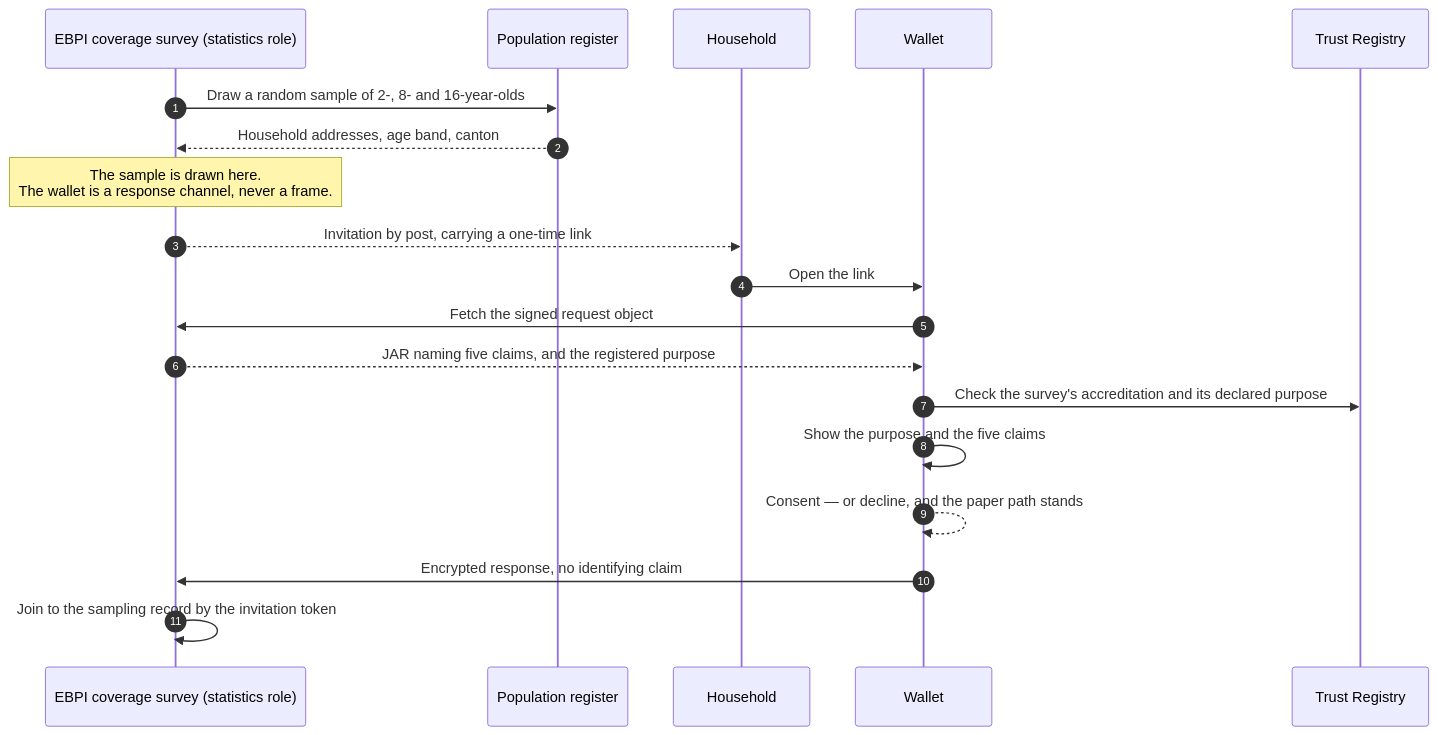
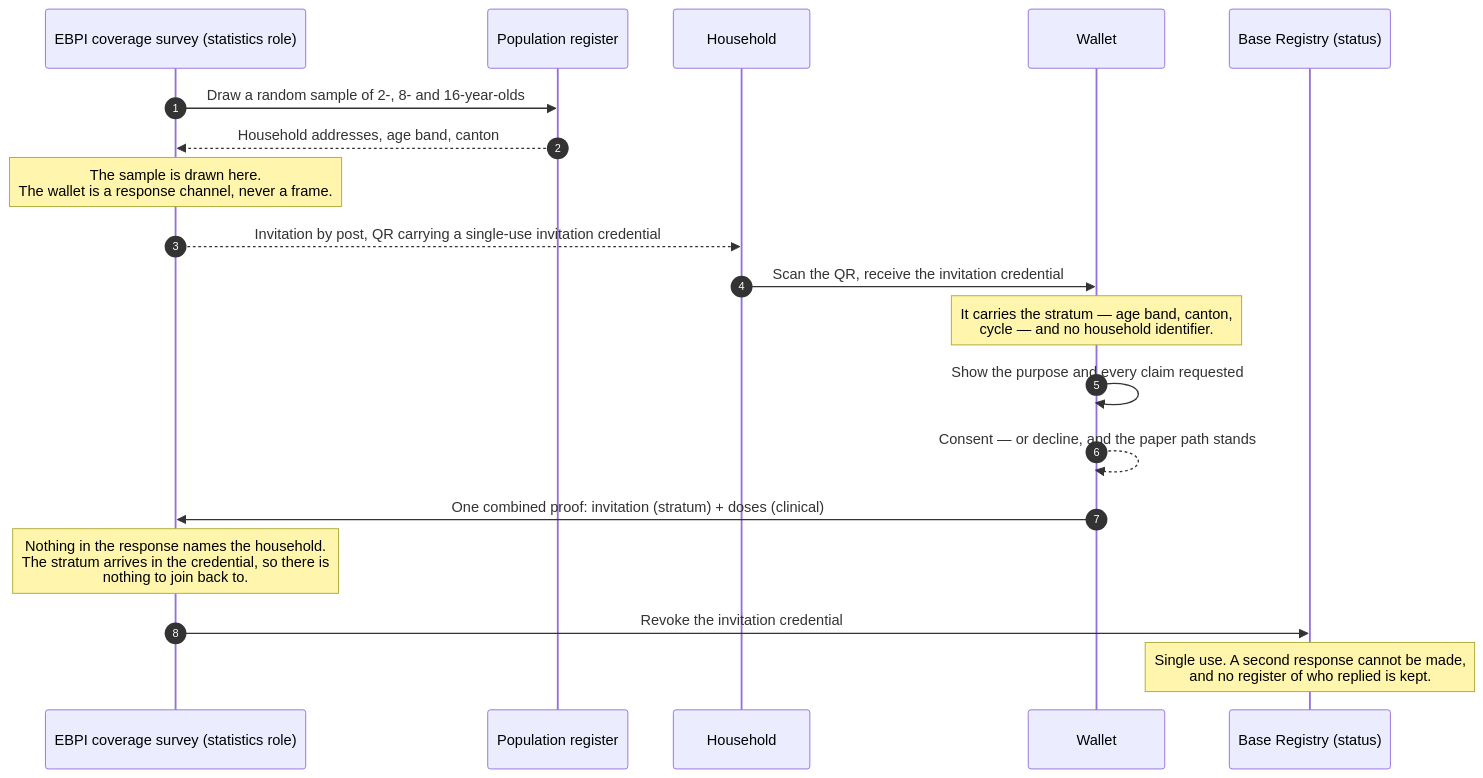
The diagram in flows/F-11-coverage-survey.md (DIDAS-swiss/digital-health_swiyu), drawn with Mermaid before and after one commit. The commit also changed other lines of this file and 2 other files, not shown here.

````diff
--- a/flows/F-11-coverage-survey.md
+++ b/flows/F-11-coverage-survey.md
@@ -61,22 +61,22 @@
 ```mermaid
 sequenceDiagram
     autonumber
     participant S as EBPI coverage survey (statistics role)
     participant P as Population register
     participant H as Household
     participant W as Wallet
-    participant TR as Trust Registry
+    participant BR as Base Registry (status)
 
     S->>P: Draw a random sample of 2-, 8- and 16-year-olds
     P-->>S: Household addresses, age band, canton
     Note over S: The sample is drawn here.<br/>The wallet is a response channel, never a frame.
-    S-->>H: Invitation by post, carrying a one-time link
-    H->>W: Open the link
-    W->>S: Fetch the signed request object
-    S-->>W: JAR naming five claims, and the registered purpose
-    W->>TR: Check the survey's accreditation and its declared purpose
-    W->>W: Show the purpose and the five claims
+    S-->>H: Invitation by post, QR carrying a single-use invitation credential
+    H->>W: Scan the QR, receive the invitation credential
+    Note over W: It carries the stratum — age band, canton,<br/>cycle — and no household identifier.
+    W->>W: Show the purpose and every claim requested
     W-->>W: Consent — or decline, and the paper path stands
-    W->>S: Encrypted response, no identifying claim
-    S->>S: Join to the sampling record by the invitation token
+    W->>S: One combined proof: invitation (stratum) + doses (clinical)
+    Note over S: Nothing in the response names the household.<br/>The stratum arrives in the credential, so there is<br/>nothing to join back to.
+    S->>BR: Revoke the invitation credential
+    Note over BR: Single use. A second response cannot be made,<br/>and no register of who replied is kept.
 ```
````
